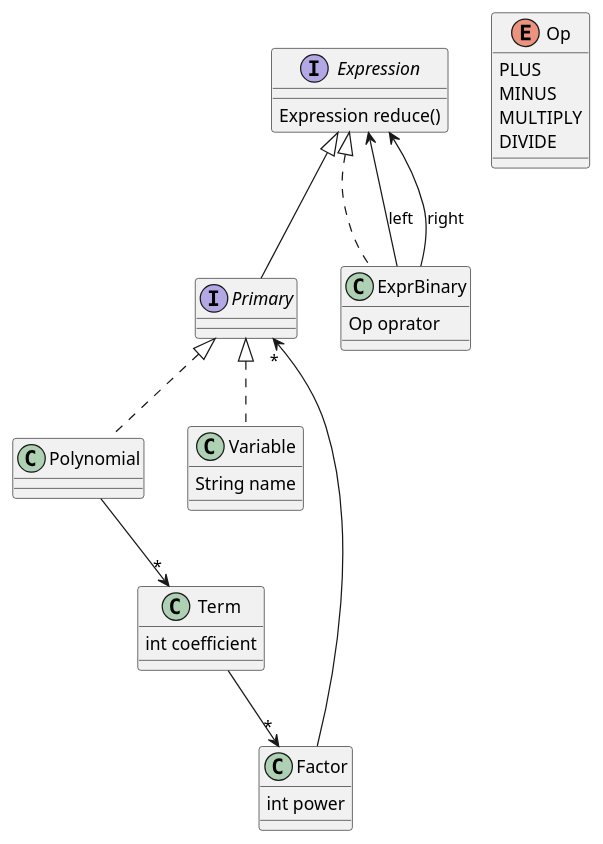
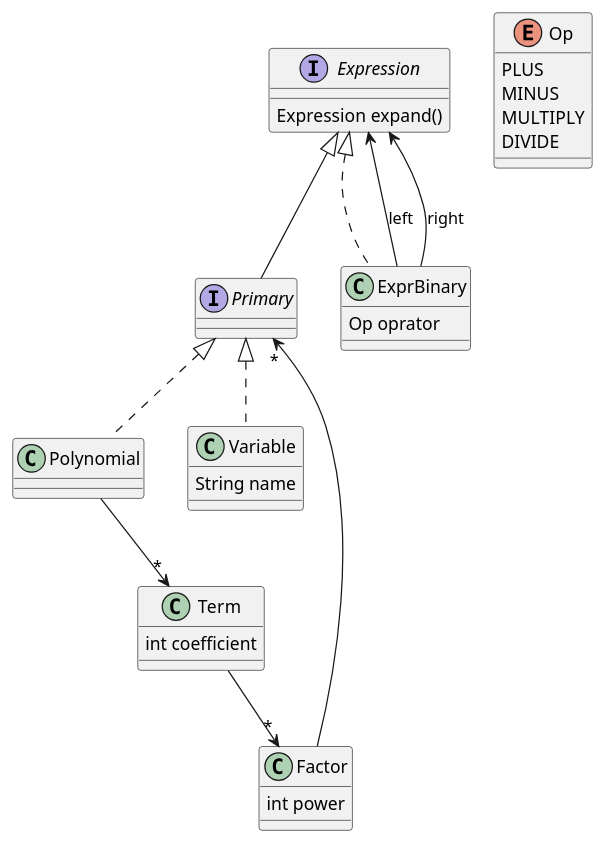
The diagram in doc/classes.plantuml (saka1029/form), drawn with PlantUML before and after one commit. The commit also changed 8 other files, not shown here.

Commit message:
reduce() -> expand()

```diff
--- a/doc/classes.plantuml
+++ b/doc/classes.plantuml
@@ -1,34 +1,34 @@
 @startuml form
 interface Expression {
-    Expression reduce()
+    Expression expand()
 }
 enum Op {
     PLUS
     MINUS
     MULTIPLY
     DIVIDE
 }
 class ExprBinary {
     Op oprator
 }
 interface Primary
 class Polynomial
 class Term {
     int coefficient
 }
 class Factor {
     int power
 }
 class Variable {
     String name
 }
 ExprBinary .up.|> Expression
 Primary -up-|> Expression
 Polynomial .up.|> Primary
 Variable .up.|> Primary
 ExprBinary --> Expression : left
 ExprBinary --> Expression : right
 Polynomial --> "*" Term
 Term --> "*" Factor
 Factor -->  "*"Primary
 @enduml
```
